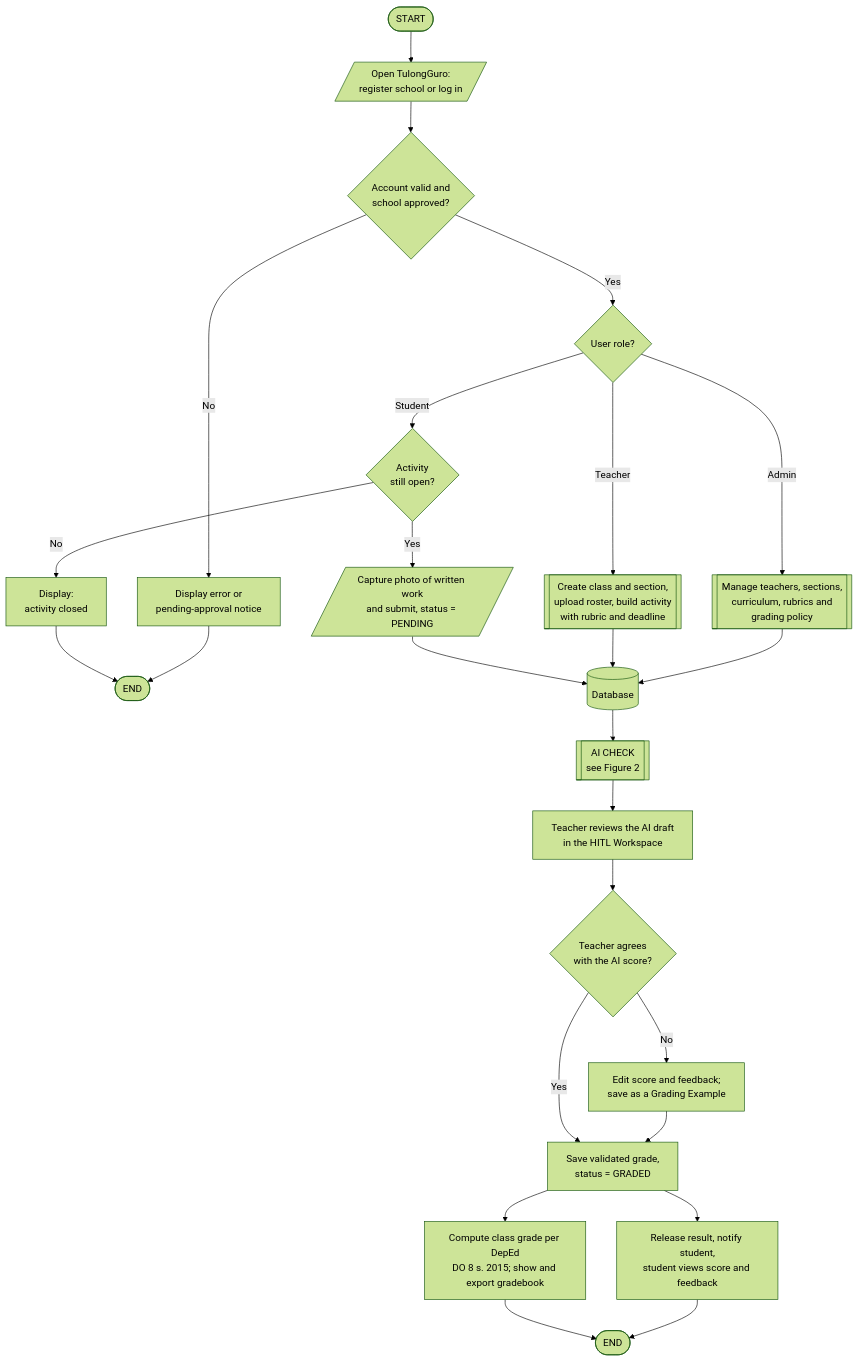
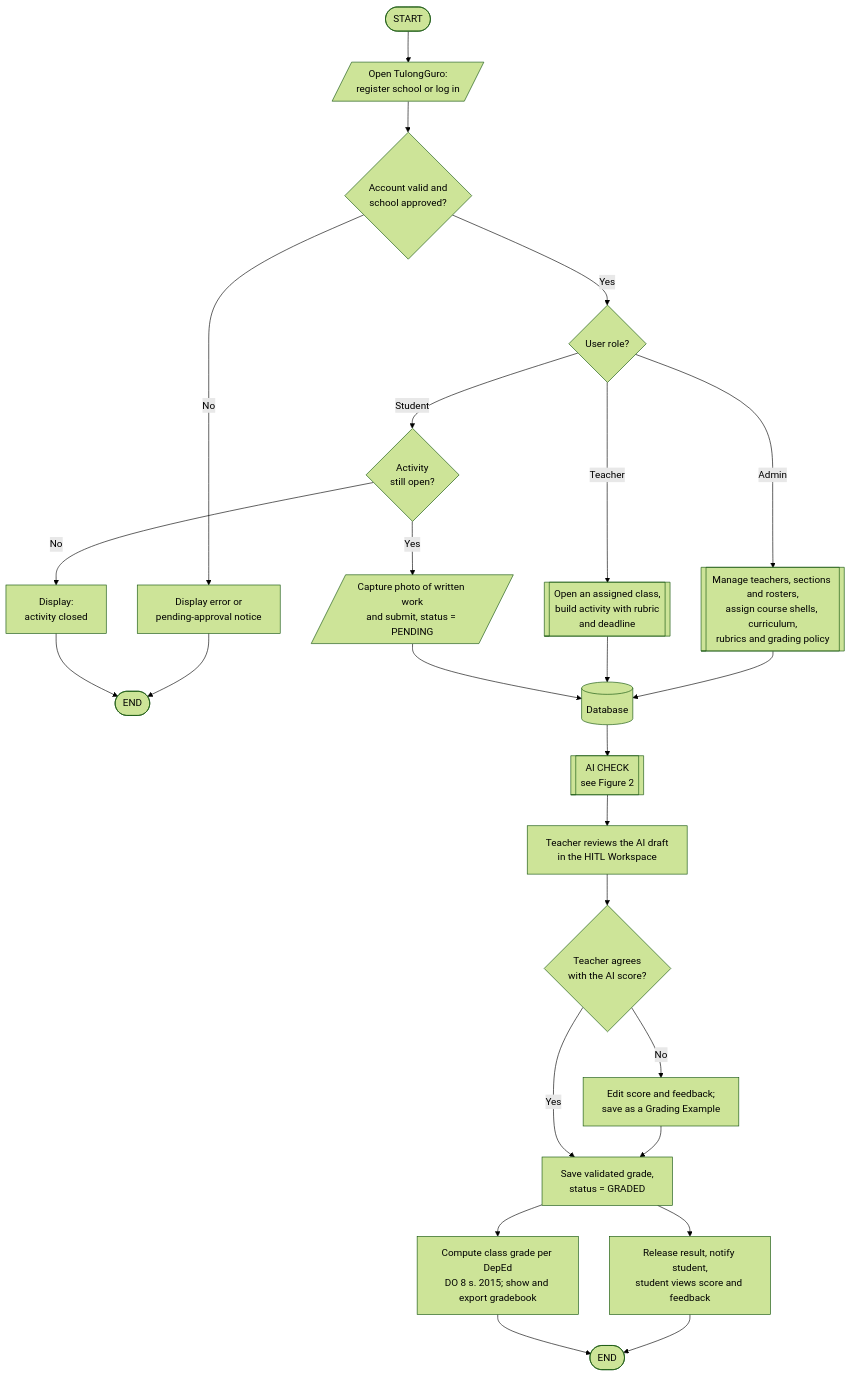
The first of 2 diagrams in docs/SYSTEM-FLOWCHART-AND-PSEUDOCODE.md (Damudachi/TulongGuro), drawn with Mermaid (forest theme) before and after one commit. The commit also changed other lines of this file and 14 other files, not shown here.

First line of the commit message:
MAJOR CHANGES (migrate teacher ability to  admin)

````diff
--- a/docs/SYSTEM-FLOWCHART-AND-PSEUDOCODE.md
+++ b/docs/SYSTEM-FLOWCHART-AND-PSEUDOCODE.md
@@ -9,27 +9,27 @@
 ```mermaid
 flowchart TD
     S([START]) --> O[/Open TulongGuro:<br/>register school or log in/]
     O --> V{Account valid and<br/>school approved?}
     V -- No --> X[Display error or<br/>pending-approval notice]
     X --> E1([END])
     V -- Yes --> R{User role?}
-    R -- Admin --> AD[[Manage teachers, sections,<br/>curriculum, rubrics and<br/>grading policy]]
-    R -- Teacher --> TE[[Create class and section,<br/>upload roster, build activity<br/>with rubric and deadline]]
+    R -- Admin --> AD[[Manage teachers, sections and rosters,<br/>assign course shells, curriculum,<br/>rubrics and grading policy]]
+    R -- Teacher --> TE[[Open an assigned class,<br/>build activity with rubric<br/>and deadline]]
     R -- Student --> SO{Activity<br/>still open?}
     SO -- No --> SC[Display:<br/>activity closed]
     SC --> E1
     SO -- Yes --> SU[/Capture photo of written work<br/>and submit, status = PENDING/]
     AD --> DB[(Database)]
     TE --> DB
     SU --> DB
     DB --> AI[[AI CHECK<br/>see Figure 2]]
     AI --> HR[Teacher reviews the AI draft<br/>in the HITL Workspace]
     HR --> AG{Teacher agrees<br/>with the AI score?}
     AG -- No --> ED[Edit score and feedback;<br/>save as a Grading Example]
     ED --> VG
     AG -- Yes --> VG[Save validated grade,<br/>status = GRADED]
     VG --> RL[Release result, notify student,<br/>student views score and feedback]
     VG --> CG[Compute class grade per DepEd<br/>DO 8 s. 2015; show and export gradebook]
     RL --> E2([END])
     CG --> E2
 ```
````
